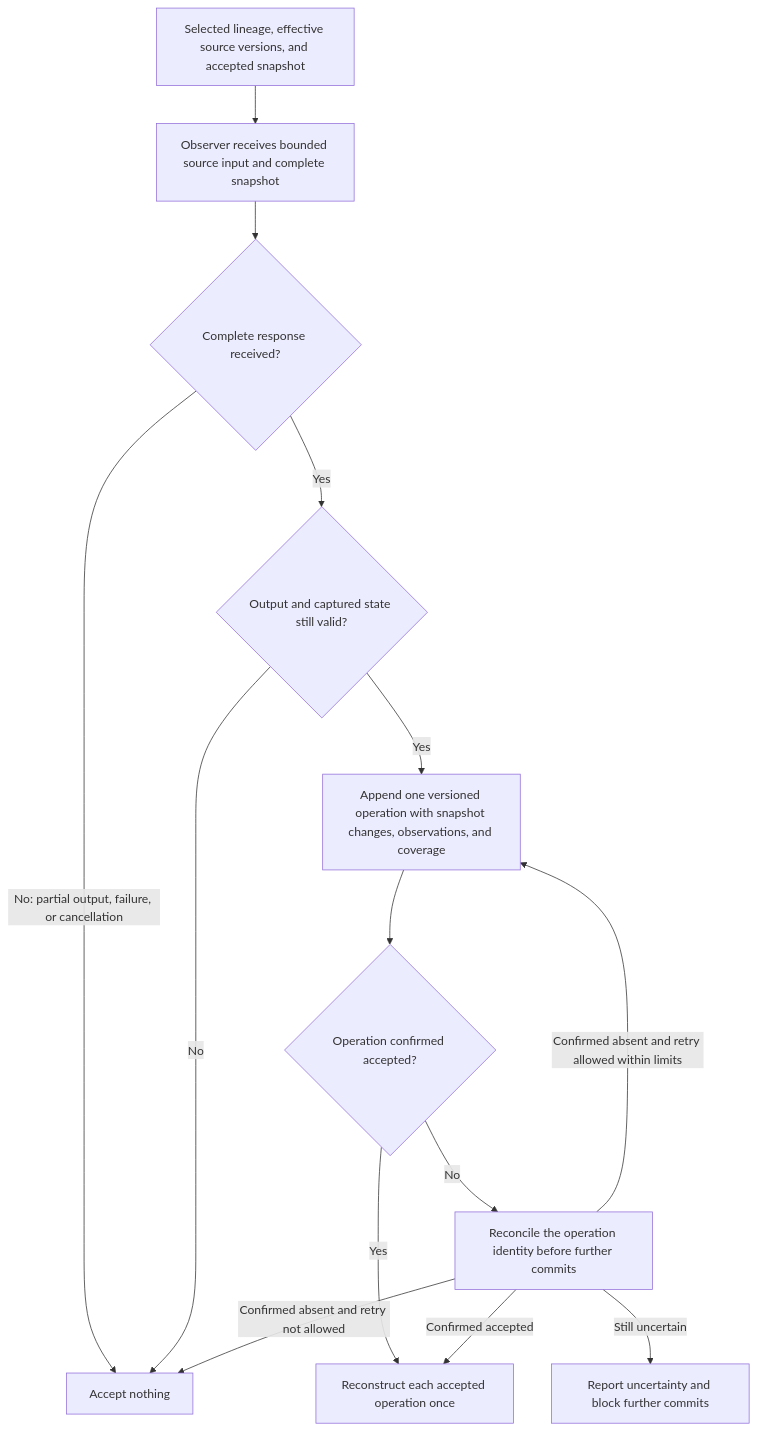
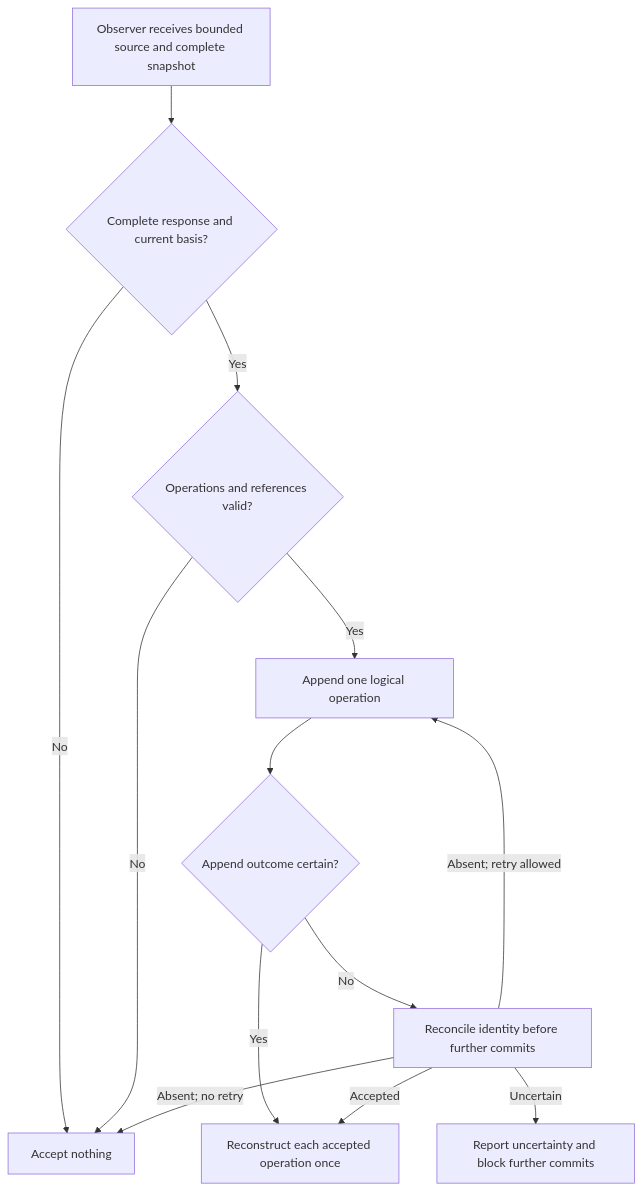
Before and after one commit to kvnxiao/orbis: the first of 2 diagrams in packages/memory/specs/session-state.md, drawn with Mermaid. The commit also changed other lines of this file and 11 other files, not shown here.

````diff
--- a/packages/memory/specs/session-state.md
+++ b/packages/memory/specs/session-state.md
@@ -69,16 +136,15 @@
 ```mermaid
 flowchart TD
-    S["Selected lineage, effective source versions, and accepted snapshot"] --> J["Observer receives bounded source input and complete snapshot"]
-    J --> R{"Complete response received?"}
-    R -->|"No: partial output, failure, or cancellation"| X["Accept nothing"]
-    R -->|Yes| V{"Output and captured state still valid?"}
+    J["Observer receives bounded source and complete snapshot"] --> R{"Complete response and current basis?"}
+    R -->|No| X["Accept nothing"]
+    R -->|Yes| V{"Operations and references valid?"}
     V -->|No| X
-    V -->|Yes| A["Append one versioned operation with snapshot changes, observations, and coverage"]
-    A --> O{"Operation confirmed accepted?"}
-    O -->|Yes| C["Reconstruct each accepted operation once"]
-    O -->|No| U["Reconcile the operation identity before further commits"]
-    U -->|"Confirmed accepted"| C
-    U -->|"Still uncertain"| W["Report uncertainty and block further commits"]
-    U -->|"Confirmed absent and retry allowed within limits"| A
-    U -->|"Confirmed absent and retry not allowed"| X
+    V -->|Yes| A["Append one logical operation"]
+    A --> C{"Append outcome certain?"}
+    C -->|Yes| S["Reconstruct each accepted operation once"]
+    C -->|No| U["Reconcile identity before further commits"]
+    U -->|Accepted| S
+    U -->|"Absent; retry allowed"| A
+    U -->|"Absent; no retry"| X
+    U -->|Uncertain| W["Report uncertainty and block further commits"]
 ```
````
